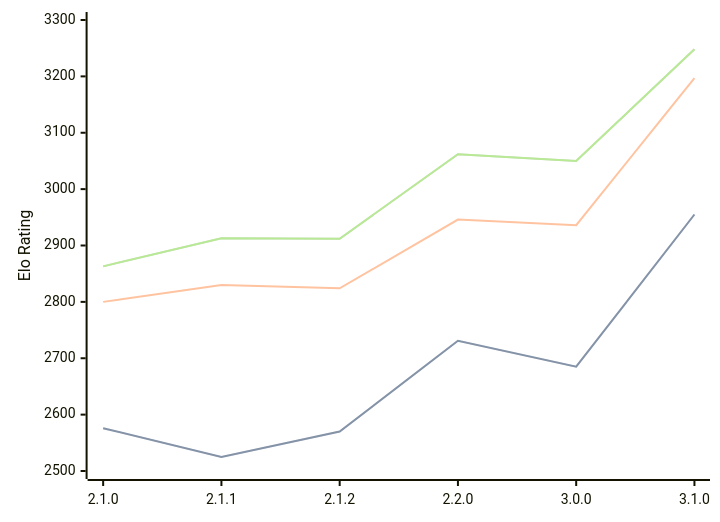
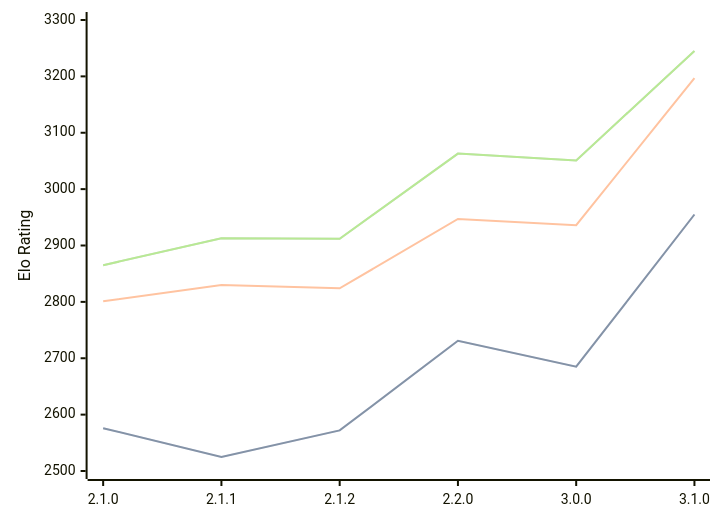
The diagram in engines/Prune.md (computer-chess-index/cci), drawn with Mermaid before and after one commit. The commit also changed other lines of this file, not shown here.

Commit message:
Update CCI Ratings (ELO VLTC) - 2026-02-17

````diff
--- a/engines/Prune.md
+++ b/engines/Prune.md
@@ -37,11 +37,11 @@
 ```mermaid
 %%{init: {"theme":"base","themeVariables":{"seriesColors:['#a3a3a3','#222221','#faa371']}}}%%
 xychart-beta
   x-axis ["2.1.0", "2.1.1", "2.1.2", "2.2.0", "3.0.0", "3.1.0"]
   y-axis "Elo Rating" 2500 --> 3300
-  line "STC (8.0+0.08s)" [2576, 2525, 2570, 2731, 2685, 2955]
-  line "STC (8.0+0.08s)" [2576, 2525, 2570, 2731, 2685, 2955]
-  line "LTC (60.0+0.60s)" [2800, 2830, 2824, 2946, 2936, 3197]
-  line "VLTC (2m24s+1.12s)" [2863, 2913, 2912, 3062, 3050, 3248]
-  line "VLTC (2m24s+1.12s)" [2863, 2913, 2912, 3062, 3050, 3248]
+  line "STC (8.0+0.08s)" [2576, 2525, 2572, 2731, 2685, 2955]
+  line "STC (8.0+0.08s)" [2576, 2525, 2572, 2731, 2685, 2955]
+  line "LTC (60.0+0.60s)" [2801, 2830, 2824, 2947, 2936, 3197]
+  line "VLTC (2m24s+1.12s)" [2865, 2913, 2912, 3063, 3051, 3245]
+  line "VLTC (2m24s+1.12s)" [2865, 2913, 2912, 3063, 3051, 3245]
 ```
````
